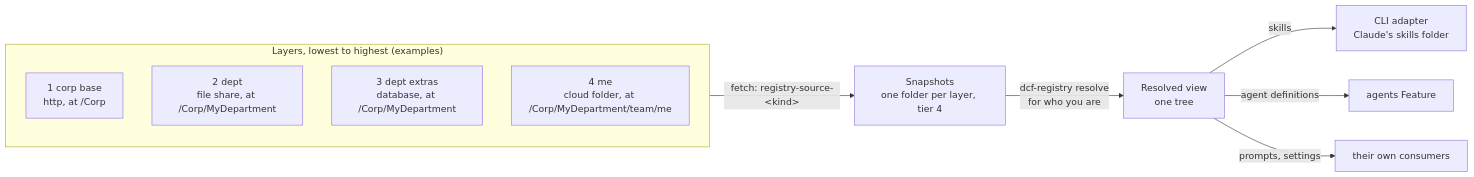
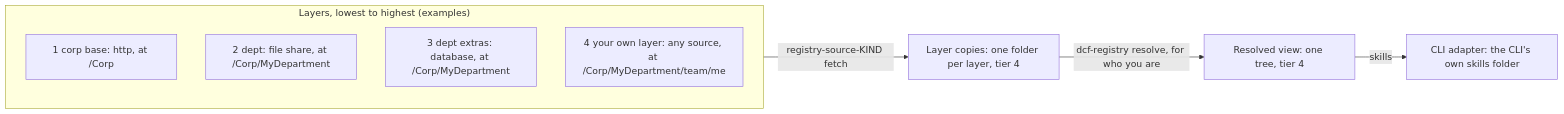
The first of 7 diagrams in docs/proposals/component-registry.md (nabil-becker/devcontainer-features), drawn with Mermaid before and after one commit. The commit also changed other lines of this file and 2 other files, not shown here.

First line of the commit message:
docs(proposals): apply the architecture review and the Operator's rulings to the component registry (layered-skills-proposal)

````diff
--- a/docs/proposals/component-registry.md
+++ b/docs/proposals/component-registry.md
@@ -61,14 +69,12 @@
 ```mermaid
 flowchart LR
   subgraph layers["Layers, lowest to highest (examples)"]
-    l1["1 corp base<br/>http, at /Corp"]
-    l2["2 dept<br/>file share, at /Corp/MyDepartment"]
-    l3["3 dept extras<br/>database, at /Corp/MyDepartment"]
-    l4["4 me<br/>cloud folder, at /Corp/MyDepartment/team/me"]
+    l1["1 corp base: http, at /Corp"]
+    l2["2 dept: file share, at /Corp/MyDepartment"]
+    l3["3 dept extras: database, at /Corp/MyDepartment"]
+    l4["4 your own layer: any source, at /Corp/MyDepartment/team/me"]
   end
-  layers -->|"fetch: registry-source-&lt;kind&gt;"| snap["Snapshots<br/>one folder per layer, tier 4"]
-  snap -->|"dcf-registry resolve<br/>for who you are"| view["Resolved view<br/>one tree"]
-  view -->|skills| cli["CLI adapter<br/>Claude's skills folder"]
-  view -->|agent definitions| agents["agents Feature"]
-  view -->|prompts, settings| other["their own consumers"]
+  layers -->|"registry-source-KIND fetch"| copies["Layer copies: one folder per layer, tier 4"]
+  copies -->|"dcf-registry resolve, for who you are"| view["Resolved view: one tree, tier 4"]
+  view -->|skills| cli["CLI adapter: the CLI's own skills folder"]
 ```
````
